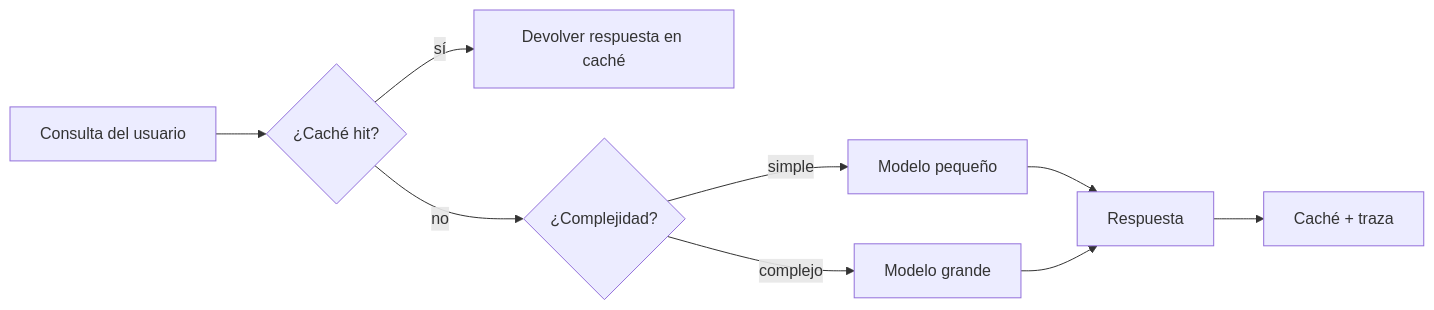
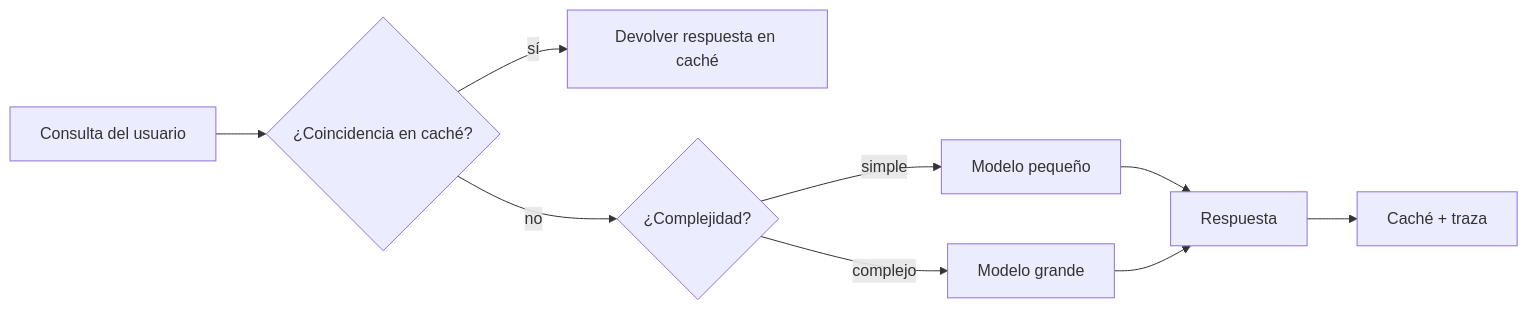
One commit to microsoft/ai-agents-for-beginners changed the third of 4 diagrams in translations/es/16-deploying-scalable-agents/README.md. Above: the diagram before and after it, drawn with Mermaid. The commit also changed other lines of this file and 47 other files, not shown here.

````diff
--- a/translations/es/16-deploying-scalable-agents/README.md
+++ b/translations/es/16-deploying-scalable-agents/README.md
@@ -134,11 +134,11 @@
 ```mermaid
 flowchart LR
-    Q[Consulta del usuario] --> C{¿Caché hit?}
+    Q[Consulta del usuario] --> C{¿Coincidencia en caché?}
     C -->|sí| R[Devolver respuesta en caché]
     C -->|no| Router{¿Complejidad?}
     Router -->|simple| SLM[Modelo pequeño]
     Router -->|complejo| LLM[Modelo grande]
     SLM --> Out[Respuesta]
     LLM --> Out
     Out --> Store[Caché + traza]
 ```
````
